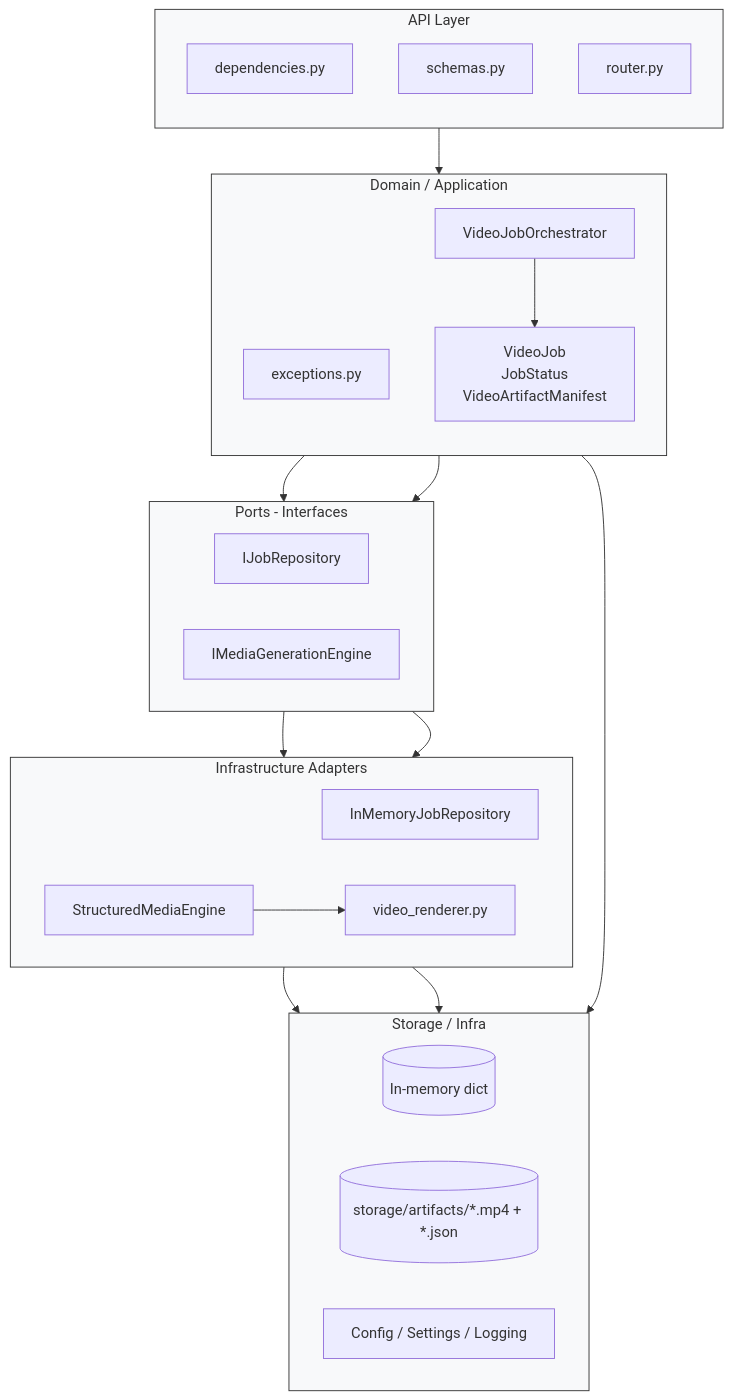
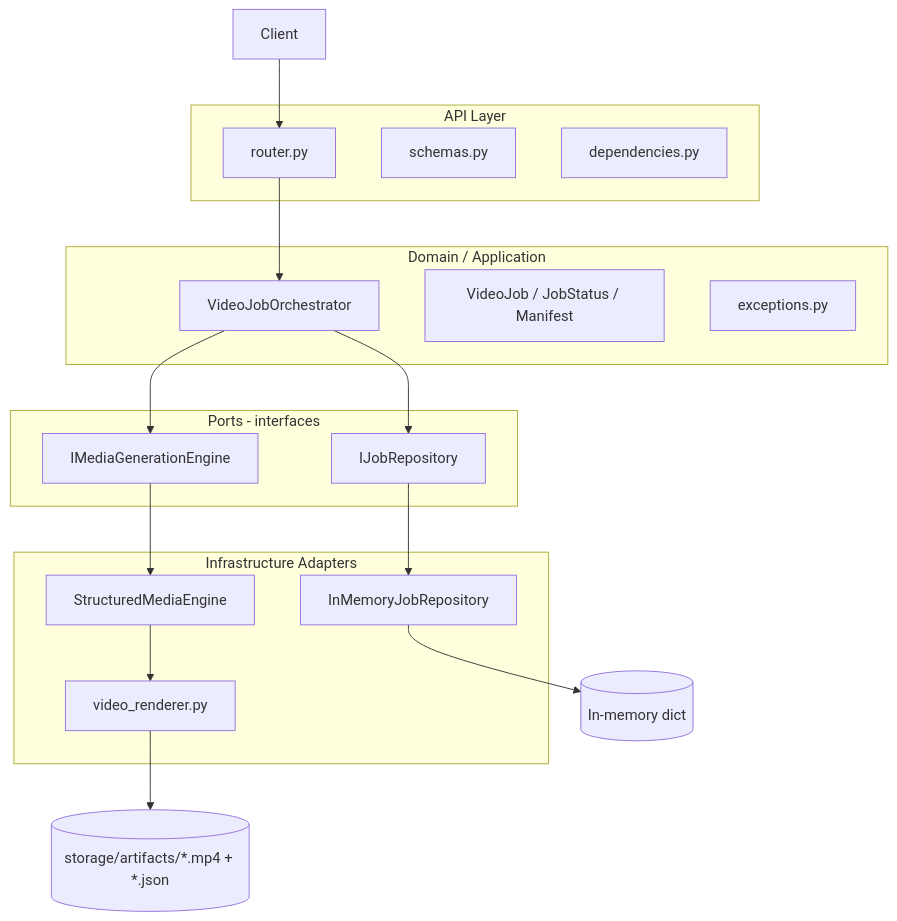
One commit to quanghuy6932/-Coding-Challenge-Growtrics changed the diagram in diagrams/architectural_style_fixed.mmd. Above: the diagram before and after it, drawn with Mermaid. The commit also changed 20 other files, not shown here.

Commit message:
png img for diagram

```diff
--- a/diagrams/architectural_style_fixed.mmd
+++ b/diagrams/architectural_style_fixed.mmd
@@ -1,52 +1,33 @@
 flowchart TB
-  %% Architectural Style - Hexagonal / Ports-and-Adapters
-  subgraph API_LAYER["API Layer"]
-    direction TB
-    dep[dependencies.py]
-    sch[schemas.py]
-    router[router.py]
-  end
+    subgraph api [API Layer]
+        Router[router.py]
+        Schemas[schemas.py]
+        Deps[dependencies.py]
+    end
 
-  subgraph DOMAIN["Domain / Application"]
-    direction TB
-    exc[exceptions.py]
-    models[VideoJob\nJobStatus\nVideoArtifactManifest]
-    orch[VideoJobOrchestrator]
-  end
+    subgraph core [Domain / Application]
+        Orch[VideoJobOrchestrator]
+        Models[VideoJob / JobStatus / Manifest]
+        Ex[exceptions.py]
+    end
 
-  subgraph PORTS["Ports - Interfaces"]
-    direction LR
-    repoPort[IJobRepository]
-    enginePort[IMediaGenerationEngine]
-  end
+    subgraph ports [Ports - interfaces]
+        IRepo[IJobRepository]
+        IEngine[IMediaGenerationEngine]
+    end
 
-  subgraph ADAPTERS["Infrastructure Adapters"]
-    direction LR
-    inmem[InMemoryJobRepository]
-    structured[StructuredMediaEngine]
-    renderer[video_renderer.py]
-  end
+    subgraph infra [Infrastructure Adapters]
+        MemRepo[InMemoryJobRepository]
+        Engine[StructuredMediaEngine]
+        Renderer[video_renderer.py]
+    end
 
-  subgraph STORAGE["Storage / Infra"]
-    direction LR
-    memStore[(In-memory dict)]
-    artifacts[(storage/artifacts/*.mp4 + *.json)]
-    cfg[Config / Settings / Logging]
-  end
-
-  %% Connections
-  router --> orch
-  orch --> models
-  orch --> repoPort
-  orch --> enginePort
-
-  repoPort --> inmem
-  enginePort --> structured
-  structured --> renderer
-
-  inmem --> memStore
-  renderer --> artifacts
-  orch --> cfg
-
-  classDef layer fill:#f8f9fa,stroke:#333,stroke-width:1px;
-  class API_LAYER,DOMAIN,PORTS,ADAPTERS,STORAGE layer;
+    Client --> Router
+    Router --> Orch
+    Orch --> IRepo
+    Orch --> IEngine
+    IRepo --> MemRepo
+    IEngine --> Engine
+    Engine --> Renderer
+    MemRepo --> RAM[(In-memory dict)]
+    Renderer --> FS[(storage/artifacts/*.mp4 + *.json)]
```
